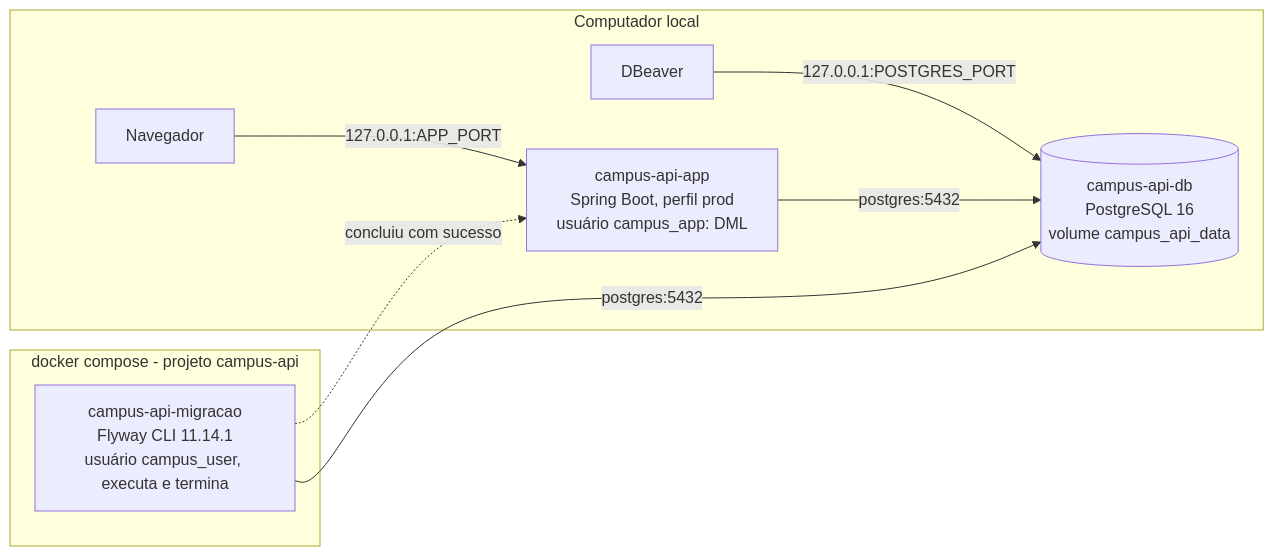
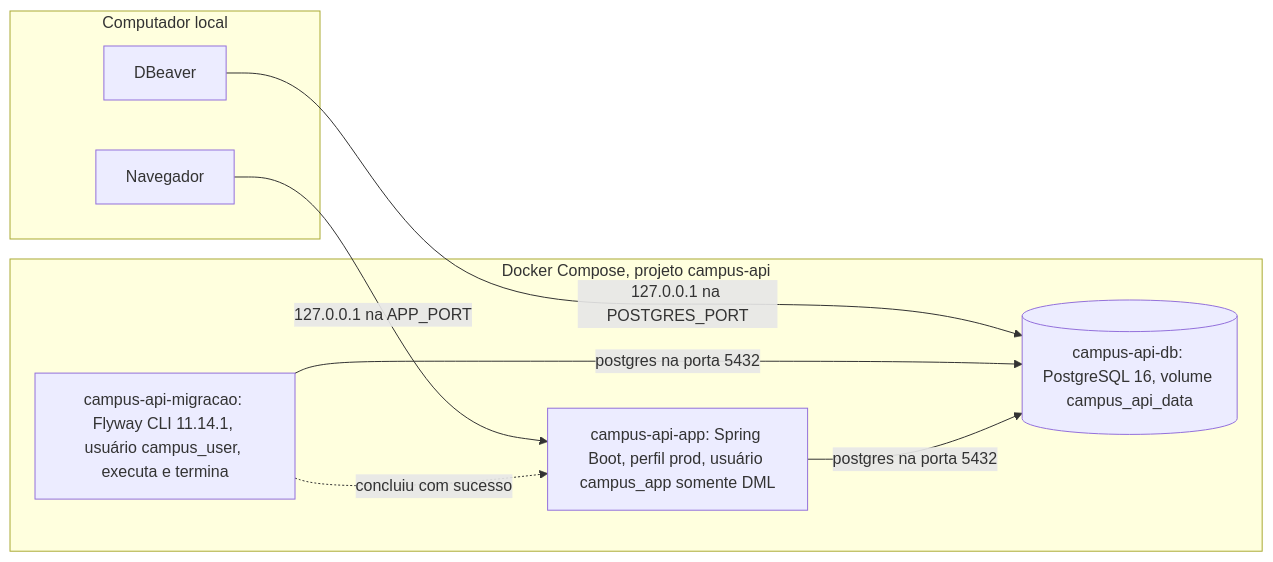
The second of 2 diagrams in docs/arquitetura.md (teteudeveloper/campus-api), drawn with Mermaid before and after one commit. The commit also changed other lines of this file and 1 other file, not shown here.

Commit message:
docs: corrige sintaxe dos diagramas Mermaid

````diff
--- a/docs/arquitetura.md
+++ b/docs/arquitetura.md
@@ -61,12 +61,17 @@
 ```mermaid
 flowchart LR
-    subgraph Host [Computador local]
-        DBeaver -->|127.0.0.1:POSTGRES_PORT| PG
-        Navegador -->|127.0.0.1:APP_PORT| API
+    subgraph Host ["Computador local"]
+        DBeaver["DBeaver"]
+        Navegador["Navegador"]
     end
-    subgraph Compose [docker compose - projeto campus-api]
-        API[campus-api-app<br/>Spring Boot, perfil prod<br/>usuário campus_app: DML] -->|postgres:5432| PG[(campus-api-db<br/>PostgreSQL 16<br/>volume campus_api_data)]
-        MIG[campus-api-migracao<br/>Flyway CLI 11.14.1<br/>usuário campus_user, executa e termina] -->|postgres:5432| PG
-        MIG -. concluiu com sucesso .-> API
+    subgraph Compose ["Docker Compose, projeto campus-api"]
+        MIG["campus-api-migracao: Flyway CLI 11.14.1, usuário campus_user, executa e termina"]
+        API["campus-api-app: Spring Boot, perfil prod, usuário campus_app somente DML"]
+        PG[("campus-api-db: PostgreSQL 16, volume campus_api_data")]
     end
+    DBeaver -->|"127.0.0.1 na POSTGRES_PORT"| PG
+    Navegador -->|"127.0.0.1 na APP_PORT"| API
+    MIG -->|"postgres na porta 5432"| PG
+    MIG -.->|"concluiu com sucesso"| API
+    API -->|"postgres na porta 5432"| PG
 ```
````
